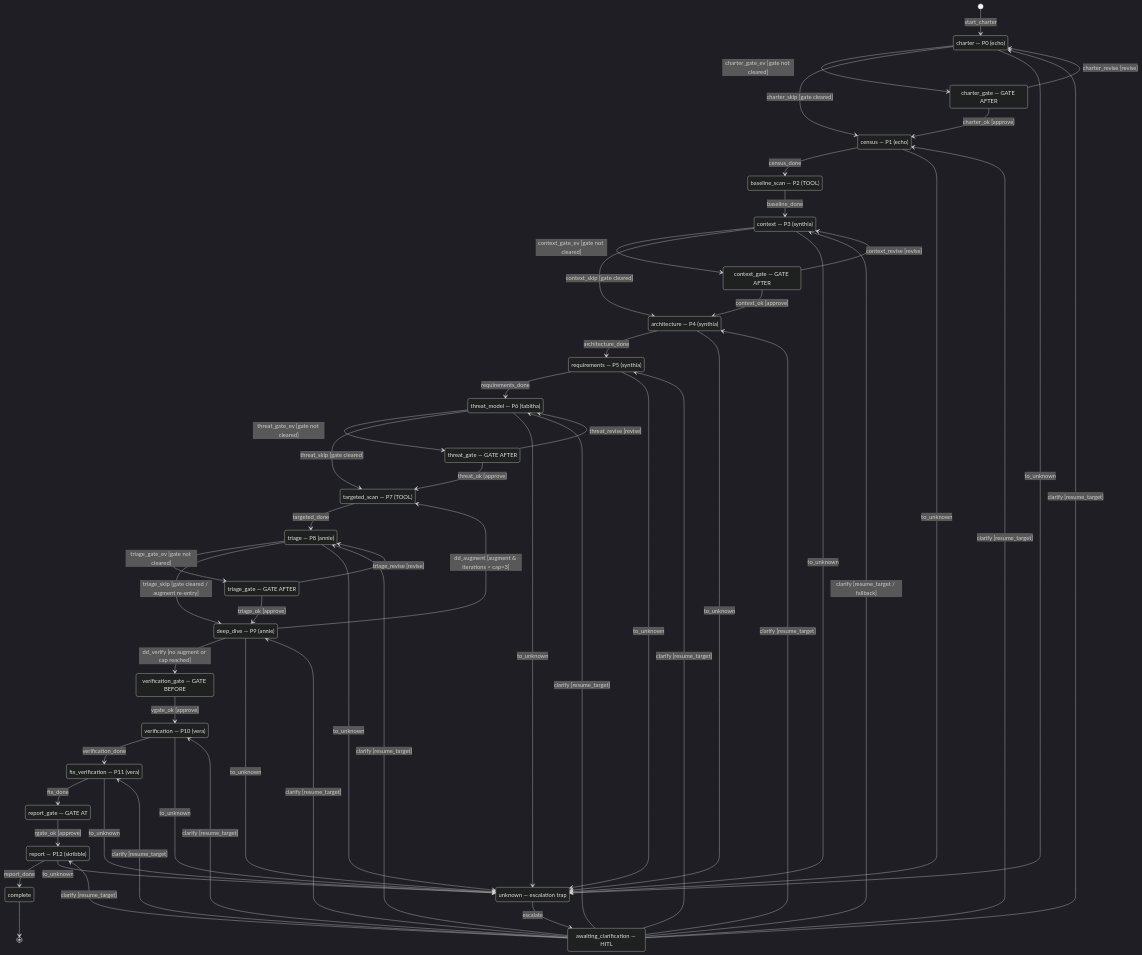
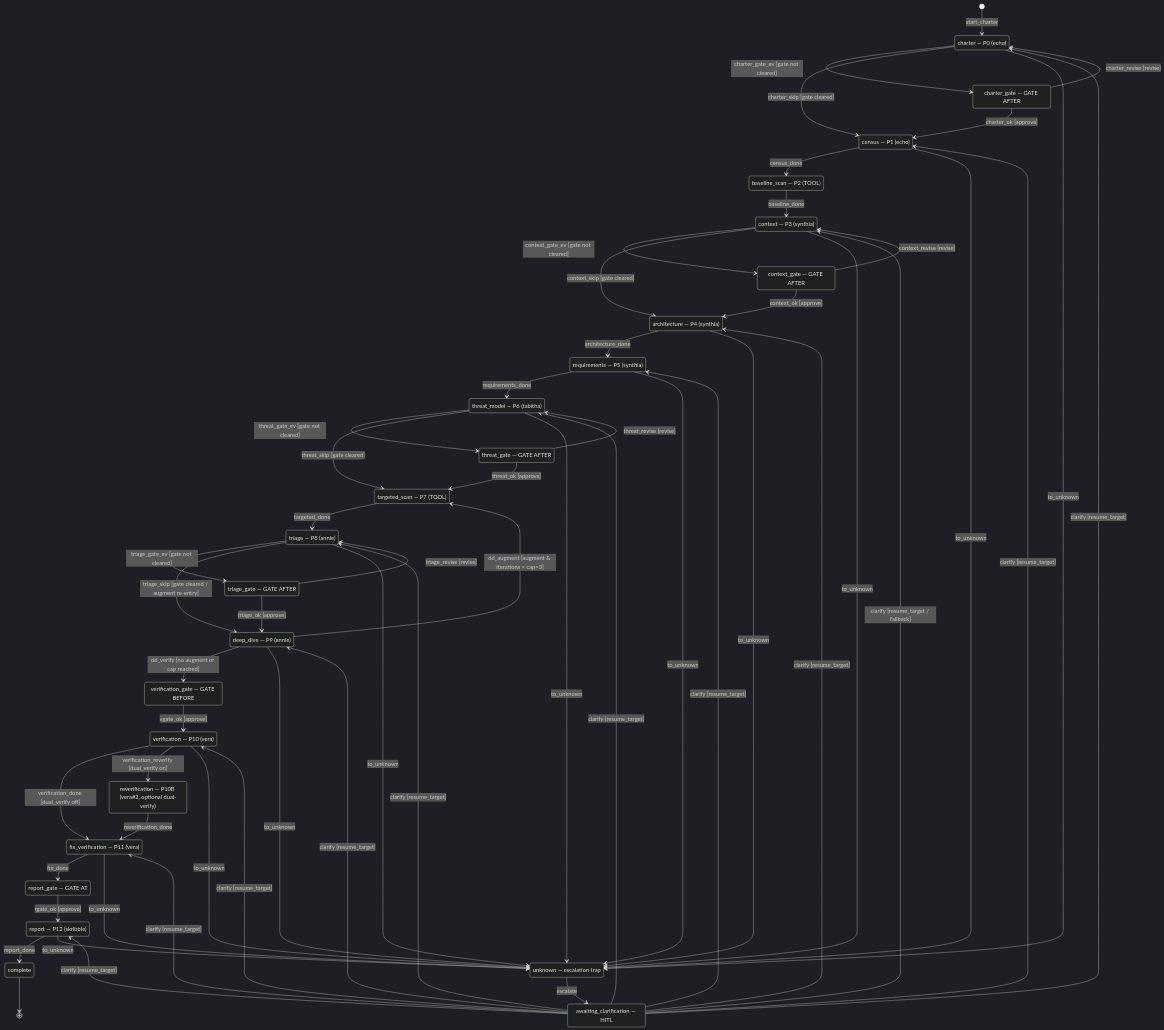
The diagram in .pi/skills/sca/resources/flow.mmd (skribblez2718/penny), drawn with Mermaid (dark theme) before and after one commit. The commit also changed 145 other files, not shown here.

```diff
--- a/.pi/skills/sca/resources/flow.mmd
+++ b/.pi/skills/sca/resources/flow.mmd
@@ -1,105 +1,110 @@
 %% sca — Secure Code Analysis playbook FSM (ScaPlaybook / SCAMachine)
 %% Source of truth: apps/orchestration/src/orchestration/playbooks/sca.py
 %% Engine-backed BasePlaybook subclass; state lives in the durable SQLite
 %% checkpointer keyed by run_id (no /tmp state, no --state argv).
 %%
 %% 13 work phases mapped to lowercase states:
 %%   charter(P0) census(P1) baseline_scan(P2,TOOL) context(P3) architecture(P4)
 %%   requirements(P5) threat_model(P6) targeted_scan(P7,TOOL) triage(P8)
 %%   deep_dive(P9) verification(P10) fix_verification(P11) report(P12)
 %% TOOL states (baseline_scan, targeted_scan) run deterministically, no agent.
 %% Six human gates: charter/context/threat/triage (AFTER), verification (BEFORE),
 %% report (AT). A gate cleared once stays cleared (augment re-entry skips triage
 %% gate). Bounded augment loop deep_dive -> targeted_scan (cap=3).
 %% Any agent phase can escalate (needs_clarification / UNCERTAIN) via
 %% unknown -> awaiting_clarification -> back to the escalating phase.
 stateDiagram-v2
     [*] --> charter: start_charter
 
     charter: charter — P0 (echo)
     charter_gate: charter_gate — GATE AFTER
     census: census — P1 (echo)
     baseline_scan: baseline_scan — P2 (TOOL)
     context: context — P3 (synthia)
     context_gate: context_gate — GATE AFTER
     architecture: architecture — P4 (synthia)
     requirements: requirements — P5 (synthia)
     threat_model: threat_model — P6 (tabitha)
     threat_gate: threat_gate — GATE AFTER
     targeted_scan: targeted_scan — P7 (TOOL)
     triage: triage — P8 (annie)
     triage_gate: triage_gate — GATE AFTER
     deep_dive: deep_dive — P9 (annie)
     verification_gate: verification_gate — GATE BEFORE
     verification: verification — P10 (vera)
+    reverification: reverification — P10B (vera#2, optional dual-verify)
     fix_verification: fix_verification — P11 (vera)
     report_gate: report_gate — GATE AT
     report: report — P12 (skribble)
     unknown: unknown — escalation trap
     awaiting_clarification: awaiting_clarification — HITL
 
     charter --> charter_gate: charter_gate_ev [gate not cleared]
     charter --> census: charter_skip [gate cleared]
     charter_gate --> census: charter_ok [approve]
     charter_gate --> charter: charter_revise [revise]
 
     census --> baseline_scan: census_done
     baseline_scan --> context: baseline_done
 
     context --> context_gate: context_gate_ev [gate not cleared]
     context --> architecture: context_skip [gate cleared]
     context_gate --> architecture: context_ok [approve]
     context_gate --> context: context_revise [revise]
 
     architecture --> requirements: architecture_done
     requirements --> threat_model: requirements_done
 
     threat_model --> threat_gate: threat_gate_ev [gate not cleared]
     threat_model --> targeted_scan: threat_skip [gate cleared]
     threat_gate --> targeted_scan: threat_ok [approve]
     threat_gate --> threat_model: threat_revise [revise]
 
     targeted_scan --> triage: targeted_done
 
     triage --> triage_gate: triage_gate_ev [gate not cleared]
     triage --> deep_dive: triage_skip [gate cleared / augment re-entry]
     triage_gate --> deep_dive: triage_ok [approve]
     triage_gate --> triage: triage_revise [revise]
 
     deep_dive --> targeted_scan: dd_augment [augment & iterations < cap=3]
     deep_dive --> verification_gate: dd_verify [no augment or cap reached]
 
     verification_gate --> verification: vgate_ok [approve]
-    verification --> fix_verification: verification_done
+    verification --> fix_verification: verification_done [dual_verify off]
+    verification --> reverification: verification_reverify [dual_verify on]
+    reverification --> fix_verification: reverification_done
+    %% reverification = a SECOND independent vera (constraints.reverify_model)
+    %% producing its own non-destructive PoC batch; agreement is recorded.
     fix_verification --> report_gate: fix_done
     report_gate --> report: rgate_ok [approve]
     report --> complete: report_done
 
     complete --> [*]
 
     %% Escalation: any agent phase -> unknown -> HITL -> back to escalating phase
     charter --> unknown: to_unknown
     census --> unknown: to_unknown
     context --> unknown: to_unknown
     architecture --> unknown: to_unknown
     requirements --> unknown: to_unknown
     threat_model --> unknown: to_unknown
     triage --> unknown: to_unknown
     deep_dive --> unknown: to_unknown
     verification --> unknown: to_unknown
     fix_verification --> unknown: to_unknown
     report --> unknown: to_unknown
     unknown --> awaiting_clarification: escalate
     awaiting_clarification --> charter: clarify [resume_target]
     awaiting_clarification --> census: clarify [resume_target]
     awaiting_clarification --> context: clarify [resume_target / fallback]
     awaiting_clarification --> architecture: clarify [resume_target]
     awaiting_clarification --> requirements: clarify [resume_target]
     awaiting_clarification --> threat_model: clarify [resume_target]
     awaiting_clarification --> triage: clarify [resume_target]
     awaiting_clarification --> deep_dive: clarify [resume_target]
     awaiting_clarification --> verification: clarify [resume_target]
     awaiting_clarification --> fix_verification: clarify [resume_target]
     awaiting_clarification --> report: clarify [resume_target]
 
     %% abort: every non-final state -> error (terminal); omitted here for clarity
```
